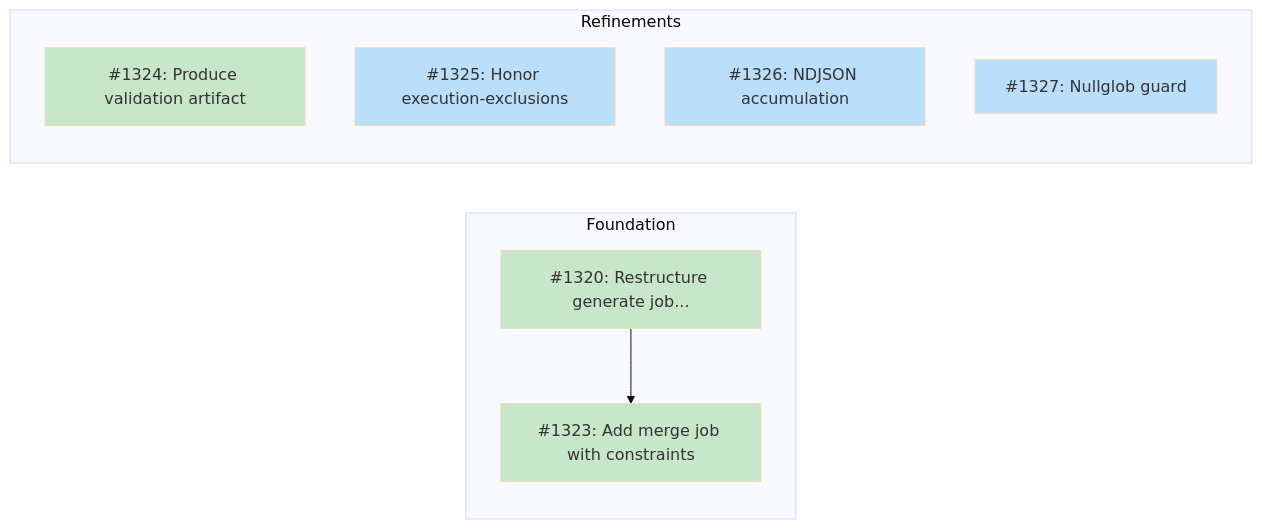
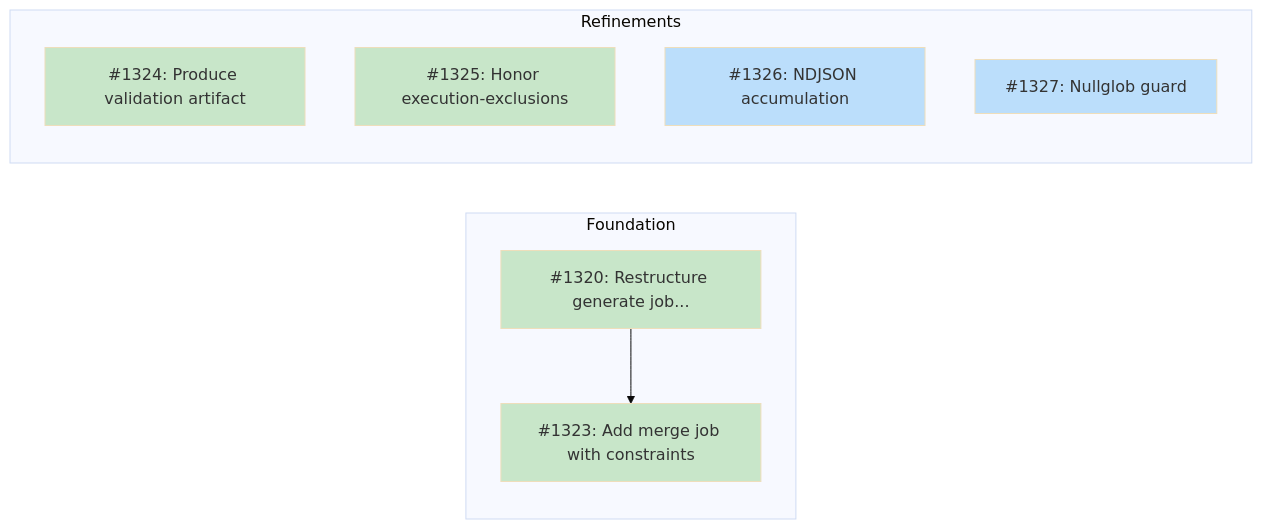
Before and after one commit to tsukumogami/tsuku: the diagram in docs/designs/DESIGN-batch-platform-validation.md, drawn with Mermaid (base theme). The commit also changed other lines of this file and 1 other file, not shown here.

Commit message:
ci(batch): honor execution-exclusions.json in validation jobs
Add execution exclusion support to all four batch validation jobs
(validate-linux-x86_64, validate-linux-arm64, validate-darwin-arm64,
validate-darwin-x86_64).

Each validation job now:
1. Loads exclusions from testdata/golden/execution-exclusions.json
2. Checks each recipe against the exclusion list before validation
3. Adds "skipped" status entries for excluded recipes
4. Shows counts (Total/Passed/Failed/Skipped) in job summary

This prevents excluded recipes from timing out (5 minutes each) or
failing with unclear errors, saving CI time and producing cleaner
validation results.

Fixes #1325

````diff
--- a/docs/designs/DESIGN-batch-platform-validation.md
+++ b/docs/designs/DESIGN-batch-platform-validation.md
@@ -43,24 +43,24 @@
 ```mermaid
 graph LR
     subgraph Foundation["Foundation"]
         I1320["#1320: Restructure generate job..."]
         I1323["#1323: Add merge job with constraints"]
     end
 
     subgraph Refinements["Refinements"]
         I1324["#1324: Produce validation artifact"]
         I1325["#1325: Honor execution-exclusions"]
         I1326["#1326: NDJSON accumulation"]
         I1327["#1327: Nullglob guard"]
     end
 
     I1320 --> I1323
 
     classDef done fill:#c8e6c9
     classDef ready fill:#bbdefb
     classDef blocked fill:#fff9c4
     classDef needsDesign fill:#e1bee7
 
-    class I1320,I1323,I1324 done
-    class I1325,I1326,I1327 ready
+    class I1320,I1323,I1324,I1325 done
+    class I1326,I1327 ready
 ```
````
